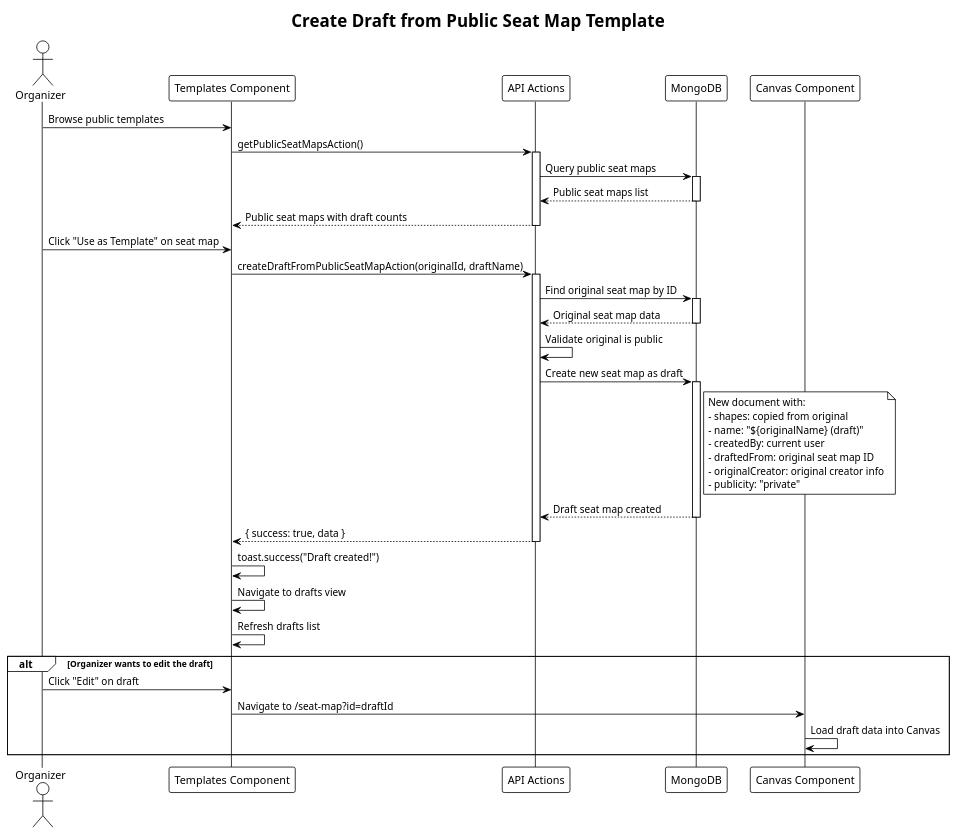
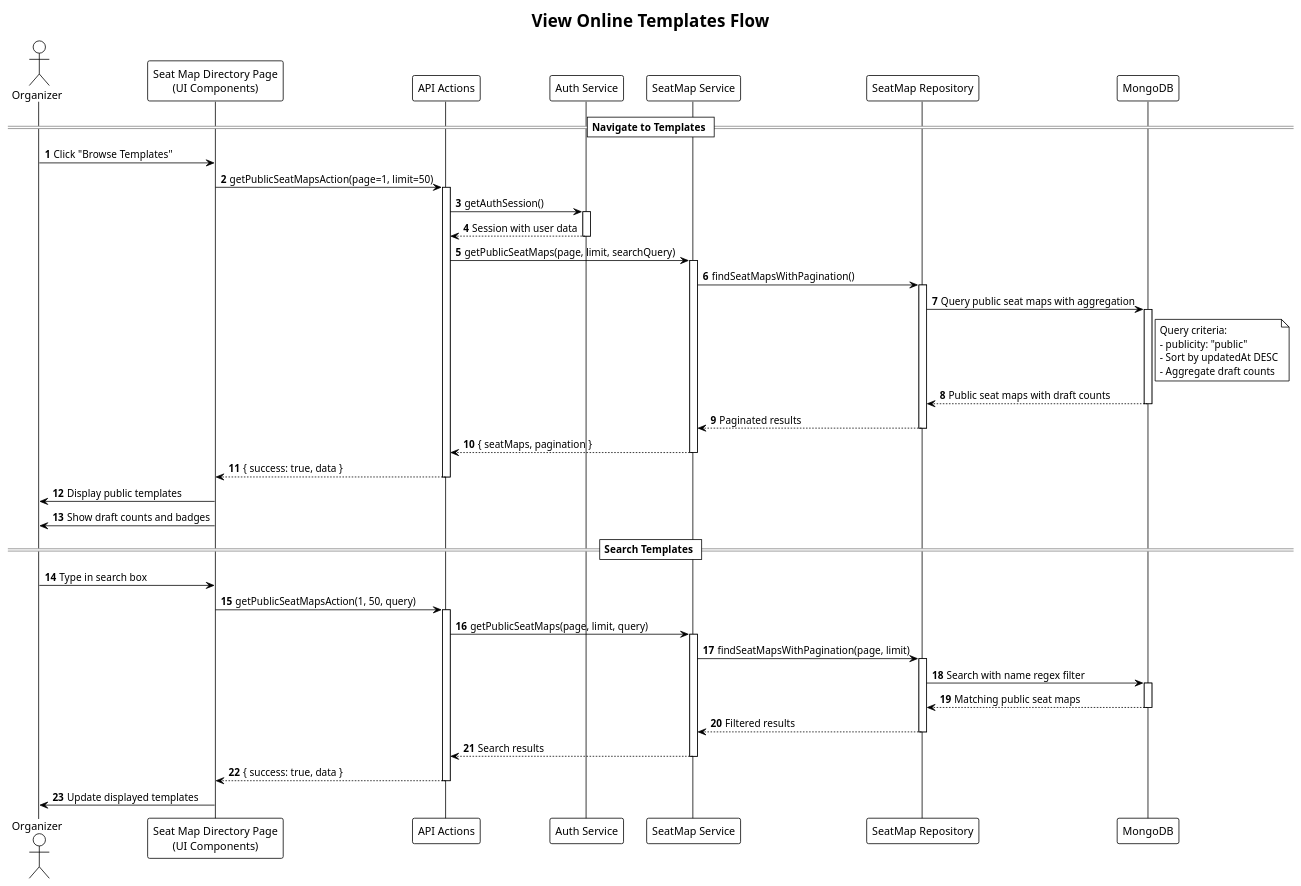
One commit to VieTicket/vieticket-monorepo changed the second of 6 diagrams in puml/seat-map.puml. Above: the diagram before and after it, drawn with PlantUML. The commit also changed other lines of this file and 183 other files, not shown here.

```diff
--- a/puml/seat-map.puml
+++ b/puml/seat-map.puml
@@ -88,61 +79,79 @@
-@startuml create-draft-from-template
+@startuml view-online-templates
+autonumber
 !theme plain
-title Create Draft from Public Seat Map Template
+title View Online Templates Flow
 
 actor Organizer
-participant "Templates Component" as Templates
+participant "Seat Map Directory Page\n(UI Components)" as Page
 participant "API Actions" as Actions
+participant "Auth Service" as Auth
+participant "SeatMap Service" as Service
+participant "SeatMap Repository" as Repo
 participant "MongoDB" as MongoDB
-participant "Canvas Component" as Canvas
 
-Organizer -> Templates: Browse public templates
-Templates -> Actions: getPublicSeatMapsAction()
+== Navigate to Templates ==
+Organizer -> Page: Click "Browse Templates"
+Page -> Actions: getPublicSeatMapsAction(page=1, limit=50)
 activate Actions
 
-Actions -> MongoDB: Query public seat maps
+Actions -> Auth: getAuthSession()
+activate Auth
+Auth --> Actions: Session with user data
+deactivate Auth
+
+Actions -> Service: getPublicSeatMaps(page, limit, searchQuery)
+activate Service
+
+Service -> Repo: findSeatMapsWithPagination()
+activate Repo
+
+Repo -> MongoDB: Query public seat maps with aggregation
 activate MongoDB
-MongoDB --> Actions: Public seat maps list
+Note right of MongoDB
+  Query criteria:
+  - publicity: "public"
+  - Sort by updatedAt DESC
+  - Aggregate draft counts
+end note
+
+MongoDB --> Repo: Public seat maps with draft counts
 deactivate MongoDB
 
-Actions --> Templates: Public seat maps with draft counts
+Repo --> Service: Paginated results
+deactivate Repo
+
+Service --> Actions: { seatMaps, pagination }
+deactivate Service
+
+Actions --> Page: { success: true, data }
 deactivate Actions
 
-Organizer -> Templates: Click "Use as Template" on seat map
-Templates -> Actions: createDraftFromPublicSeatMapAction(originalId, draftName)
+Page -> Organizer: Display public templates
+Page -> Organizer: Show draft counts and badges
+
+== Search Templates ==
+Organizer -> Page: Type in search box
+Page -> Actions: getPublicSeatMapsAction(1, 50, query)
 activate Actions
 
-Actions -> MongoDB: Find original seat map by ID
+Actions -> Service: getPublicSeatMaps(page, limit, query)
+activate Service
+
+Service -> Repo: findSeatMapsWithPagination(page, limit)
+activate Repo
+
+Repo -> MongoDB: Search with name regex filter
 activate MongoDB
-MongoDB --> Actions: Original seat map data
+MongoDB --> Repo: Matching public seat maps
 deactivate MongoDB
 
-Actions -> Actions: Validate original is public
-Actions -> MongoDB: Create new seat map as draft
-activate MongoDB
-Note right of MongoDB
-  New document with:
-  - shapes: copied from original
-  - name: "${originalName} (draft)"
-  - createdBy: current user
-  - draftedFrom: original seat map ID
-  - originalCreator: original creator info
-  - publicity: "private"
-end note
-MongoDB --> Actions: Draft seat map created
-deactivate MongoDB
-
-Actions --> Templates: { success: true, data }
+Repo --> Service: Filtered results
+deactivate Repo
+Service --> Actions: Search results
+deactivate Service
+Actions --> Page: { success: true, data }
 deactivate Actions
 
-Templates -> Templates: toast.success("Draft created!")
-Templates -> Templates: Navigate to drafts view
-Templates -> Templates: Refresh drafts list
-
-alt Organizer wants to edit the draft
-    Organizer -> Templates: Click "Edit" on draft
-    Templates -> Canvas: Navigate to /seat-map?id=draftId
-    
-    Canvas -> Canvas: Load draft data into Canvas
-end
+Page -> Organizer: Update displayed templates
 
 @enduml
```
